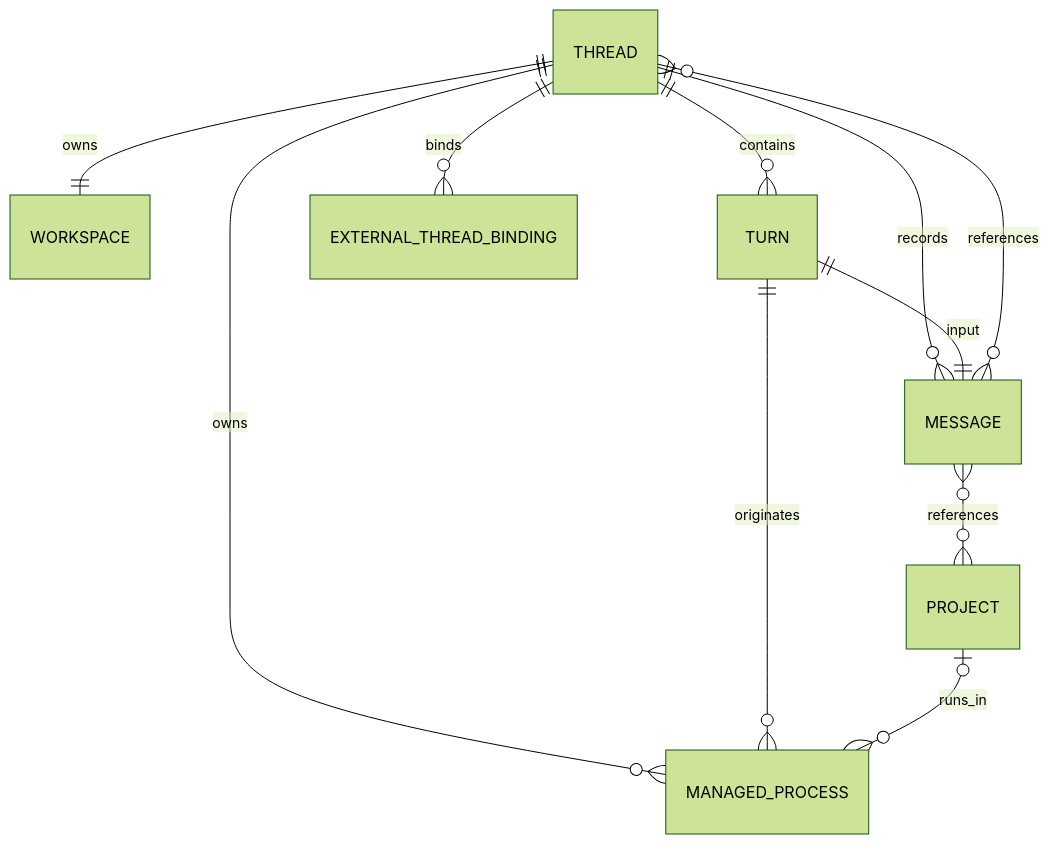
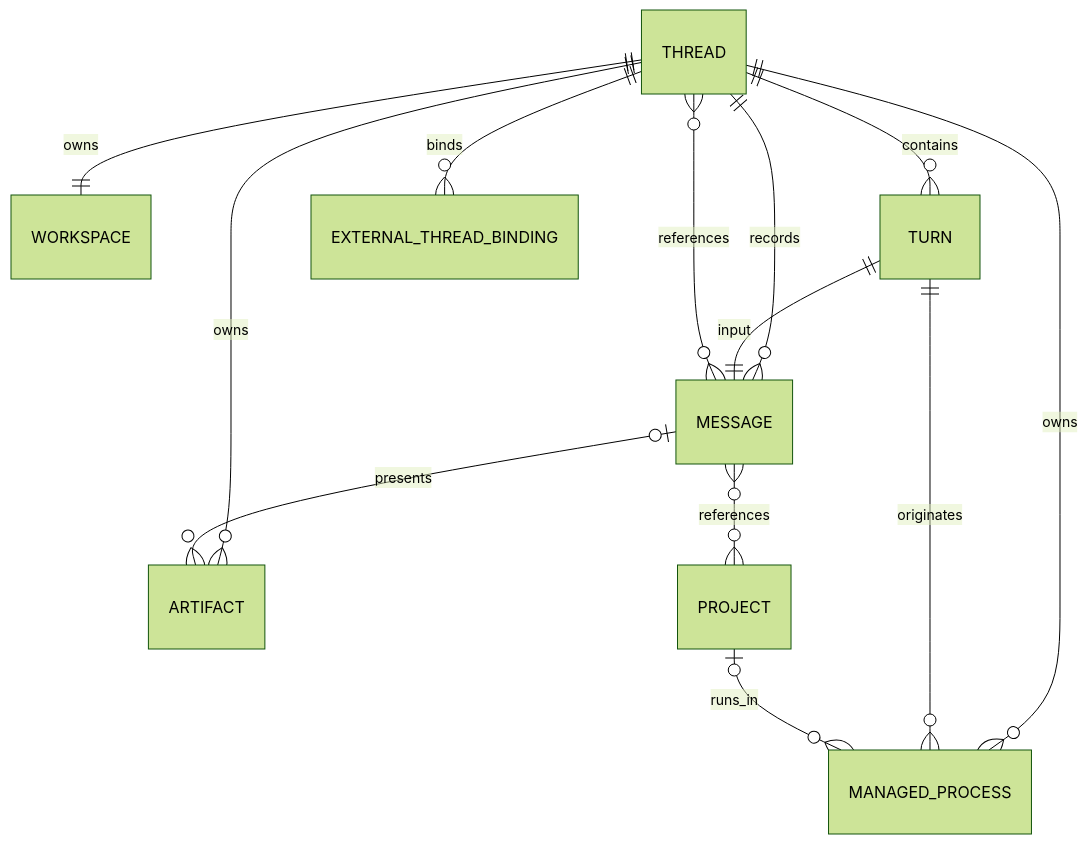
The second of 3 diagrams in docs/architecture.md (jianliang00/kody), drawn with Mermaid (forest theme) before and after one commit. The commit also changed other lines of this file and 47 other files, not shown here.

````diff
--- a/docs/architecture.md
+++ b/docs/architecture.md
@@ -37,13 +41,15 @@
 ```mermaid
 erDiagram
     THREAD ||--|| WORKSPACE : owns
     THREAD ||--o{ TURN : contains
     THREAD ||--o{ MESSAGE : records
     THREAD ||--o{ MANAGED_PROCESS : owns
+    THREAD ||--o{ ARTIFACT : owns
     THREAD ||--o{ EXTERNAL_THREAD_BINDING : binds
     TURN ||--o{ MANAGED_PROCESS : originates
     PROJECT o|--o{ MANAGED_PROCESS : runs_in
     TURN ||--|| MESSAGE : input
     MESSAGE }o--o{ THREAD : references
     MESSAGE }o--o{ PROJECT : references
+    MESSAGE o|--o{ ARTIFACT : presents
 ```
````
